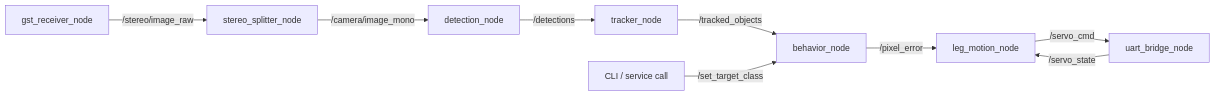
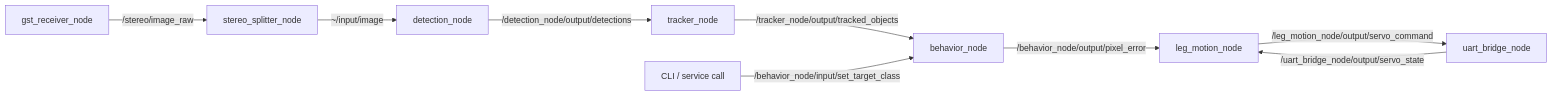
The diagram in docs/ros2-topology.md (PT233/dog_dev), drawn with Mermaid before and after one commit. The commit also changed other lines of this file and 322 other files, not shown here.

````diff
--- a/docs/ros2-topology.md
+++ b/docs/ros2-topology.md
@@ -46,11 +46,11 @@
 ```mermaid
 flowchart LR
   GR[gst_receiver_node] -->|/stereo/image_raw| SS[stereo_splitter_node]
-  SS -->|/camera/image_mono| DN[detection_node]
-  DN -->|/detections| TN[tracker_node]
-  TN -->|/tracked_objects| BN[behavior_node]
-  BN -->|/pixel_error| VS[leg_motion_node]
-  VS -->|/servo_cmd| UB[uart_bridge_node]
-  UB -->|/servo_state| VS
-  CLI[CLI / service call] -->|/set_target_class| BN
+  SS -->|~/input/image| DN[detection_node]
+  DN -->|/detection_node/output/detections| TN[tracker_node]
+  TN -->|/tracker_node/output/tracked_objects| BN[behavior_node]
+  BN -->|/behavior_node/output/pixel_error| VS[leg_motion_node]
+  VS -->|/leg_motion_node/output/servo_command| UB[uart_bridge_node]
+  UB -->|/uart_bridge_node/output/servo_state| VS
+  CLI[CLI / service call] -->|/behavior_node/input/set_target_class| BN
 ```
````
